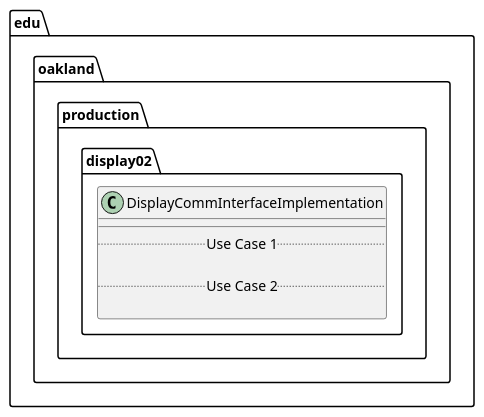
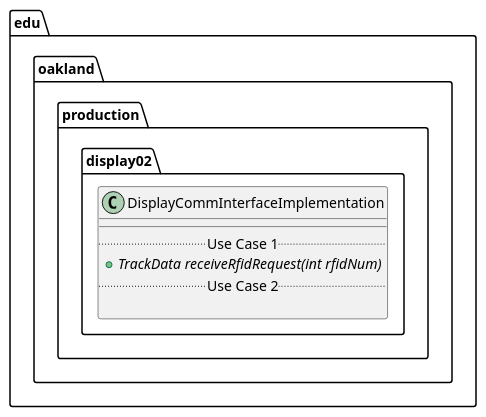
One commit to andrewdimmer/csi-3370-software-project changed the diagram in docs/uml-class-diagrams/display02/production/DisplayCommInterfaceImplementation/DisplayCommInterfaceImplementation.puml. Above: the diagram before and after it, drawn with PlantUML.

```diff
--- a/docs/uml-class-diagrams/display02/production/DisplayCommInterfaceImplementation/DisplayCommInterfaceImplementation.puml
+++ b/docs/uml-class-diagrams/display02/production/DisplayCommInterfaceImplementation/DisplayCommInterfaceImplementation.puml
@@ -1,13 +1,13 @@
 @startuml DisplayCommInterfaceImplementation
 
 package edu.oakland.production.display02 {
     class DisplayCommInterfaceImplementation {
         __
         .. Use Case 1 ..
-
+        {abstract} + TrackData receiveRfidRequest(int rfidNum)
         .. Use Case 2 ..
 
     }
 }
 
 @enduml
```
